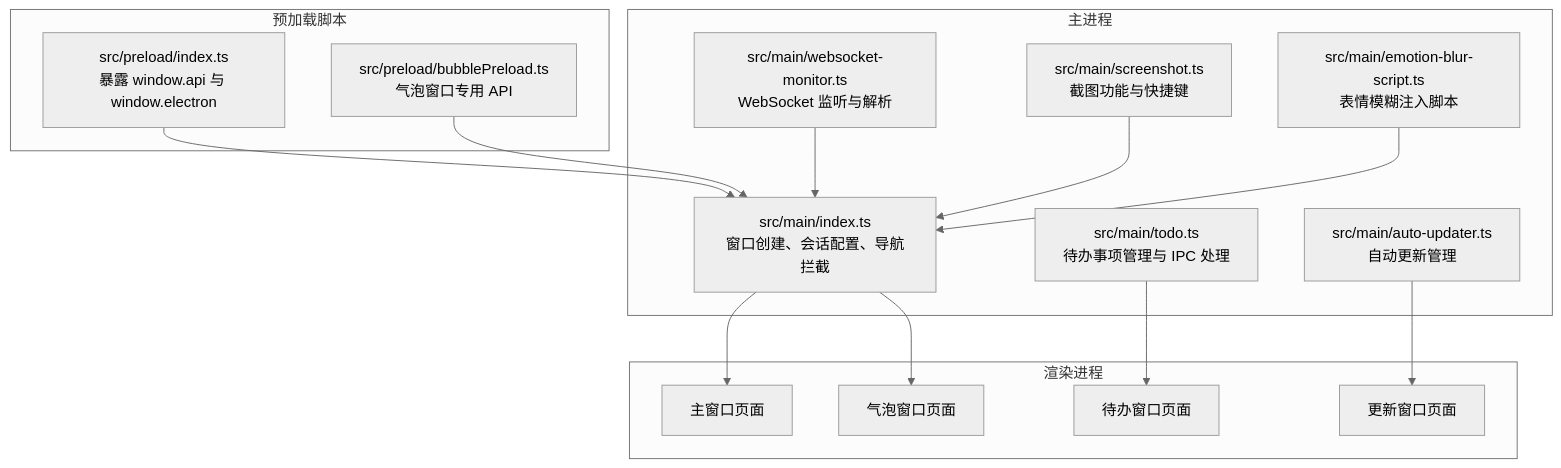
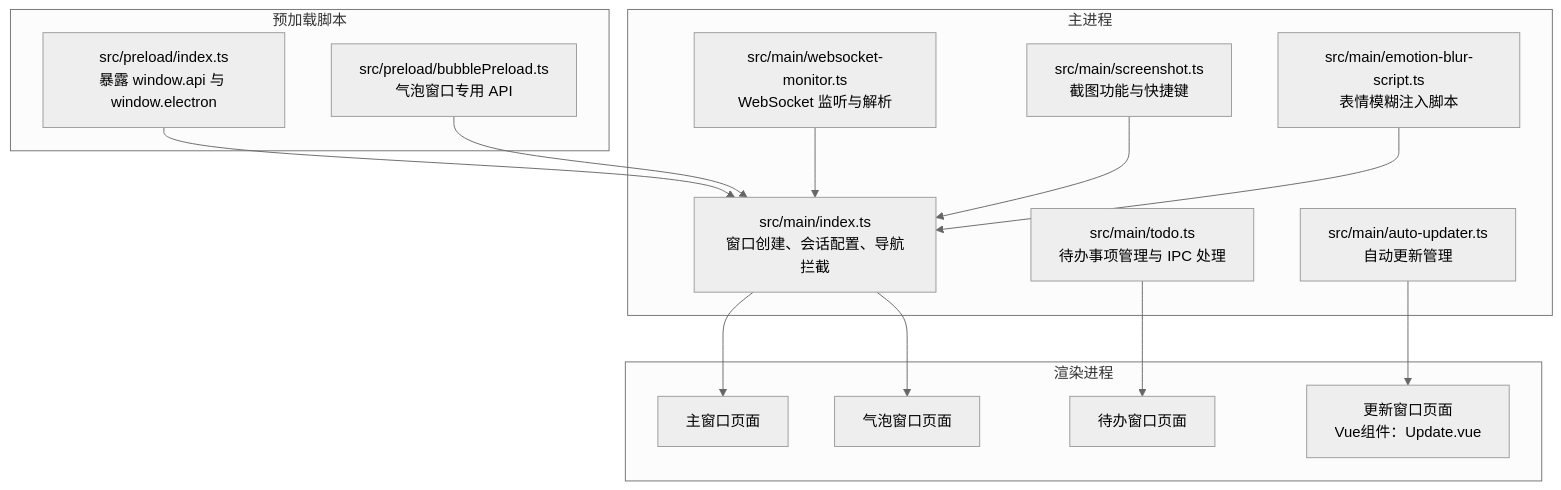
The first of 5 diagrams in .qoder/repowiki/zh/content/API参考/API参考.md (tutusiji/WoaApp), drawn with Mermaid (neutral theme) before and after one commit. The commit also changed other lines of this file and 4 other files, not shown here.

````diff
--- a/.qoder/repowiki/zh/content/API参考/API参考.md
+++ b/.qoder/repowiki/zh/content/API参考/API参考.md
@@ -38,30 +51,30 @@
 ```mermaid
 graph TB
 subgraph "预加载脚本"
 P1["src/preload/index.ts<br/>暴露 window.api 与 window.electron"]
 P2["src/preload/bubblePreload.ts<br/>气泡窗口专用 API"]
 end
 subgraph "主进程"
 M1["src/main/index.ts<br/>窗口创建、会话配置、导航拦截"]
 M2["src/main/websocket-monitor.ts<br/>WebSocket 监听与解析"]
 M3["src/main/todo.ts<br/>待办事项管理与 IPC 处理"]
 M4["src/main/auto-updater.ts<br/>自动更新管理"]
 M5["src/main/screenshot.ts<br/>截图功能与快捷键"]
 M6["src/main/emotion-blur-script.ts<br/>表情模糊注入脚本"]
 end
 subgraph "渲染进程"
 R1["主窗口页面"]
 R2["气泡窗口页面"]
 R3["待办窗口页面"]
-R4["更新窗口页面"]
+R4["更新窗口页面<br/>Vue组件：Update.vue"]
 end
 P1 --> M1
 P2 --> M1
 M1 --> R1
 M1 --> R2
 M3 --> R3
 M4 --> R4
 M2 --> M1
 M5 --> M1
 M6 --> M1
 ```
````
